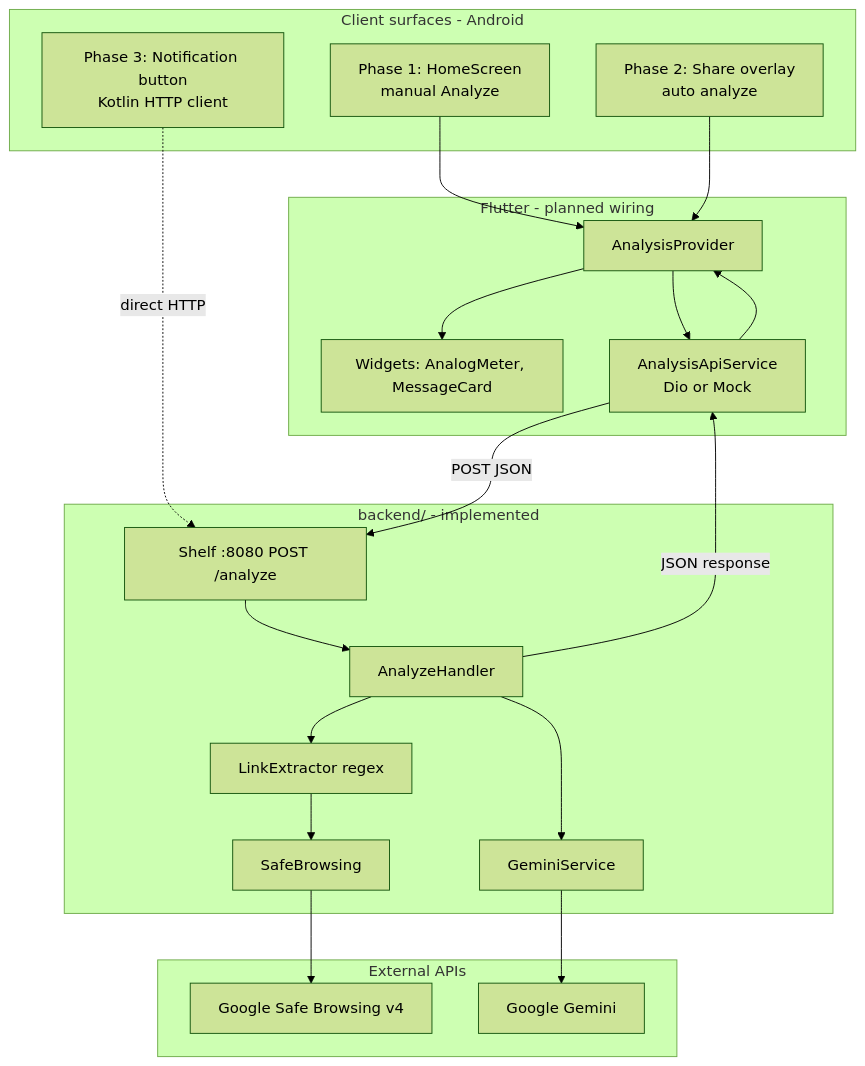
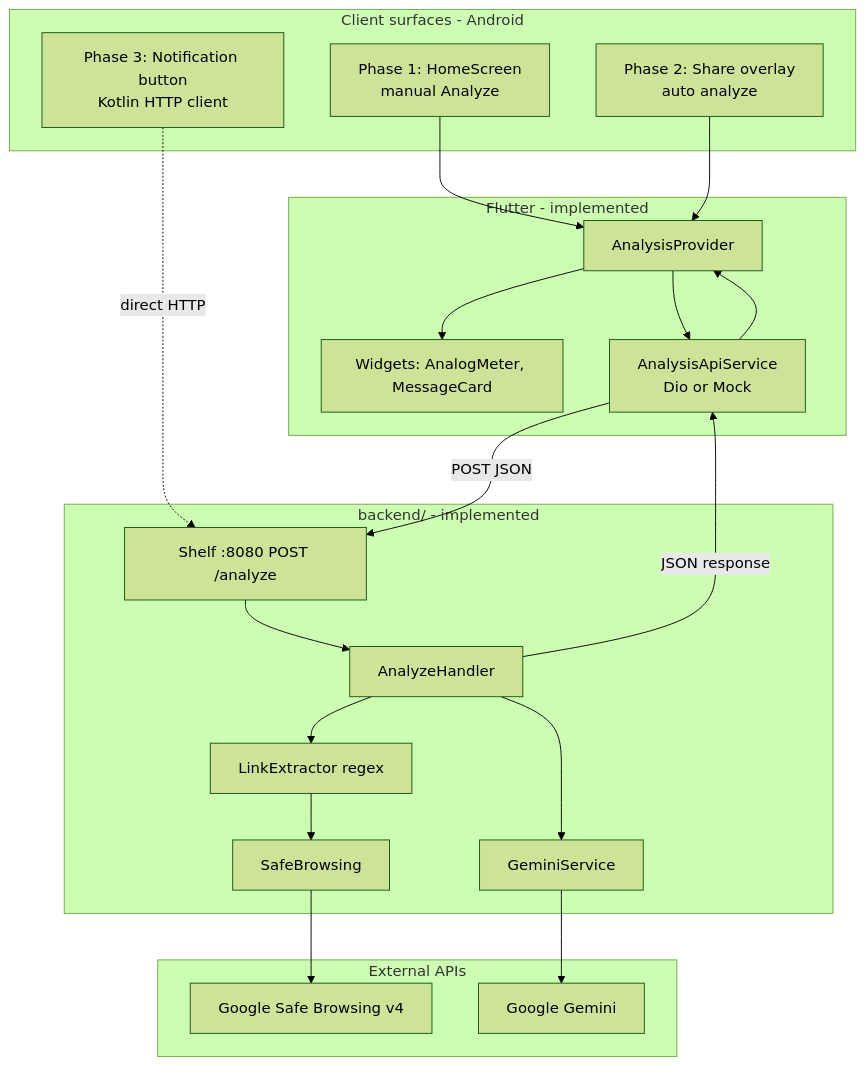
Before and after one commit to nayzinminlwin/HackathonX-FinTech-Forward-26-by-Team-KuCuba: the first of 4 diagrams in docs/TECH_STACK_AND_PIPELINE.md, drawn with Mermaid (forest theme). The commit also changed other lines of this file and 30 other files, not shown here.

Commit message:
Aligned UI architecture with System Requirements.

````diff
--- a/docs/TECH_STACK_AND_PIPELINE.md
+++ b/docs/TECH_STACK_AND_PIPELINE.md
@@ -107,42 +107,42 @@
 ```mermaid
 flowchart TB
   subgraph clients [Client surfaces - Android]
     P1[Phase 1: HomeScreen<br/>manual Analyze]
     P2[Phase 2: Share overlay<br/>auto analyze]
     P3[Phase 3: Notification button<br/>Kotlin HTTP client]
   end
 
-  subgraph flutter [Flutter - planned wiring]
+  subgraph flutter [Flutter - implemented]
     UI[Widgets: AnalogMeter, MessageCard]
     Prov[AnalysisProvider]
     API[AnalysisApiService<br/>Dio or Mock]
   end
 
   subgraph backend [backend/ - implemented]
     Shelf[Shelf :8080 POST /analyze]
     Handler[AnalyzeHandler]
     RX[LinkExtractor regex]
     SB[SafeBrowsing]
     GM[GeminiService]
   end
 
   subgraph external [External APIs]
     GSB[Google Safe Browsing v4]
     Gemini[Google Gemini]
   end
 
   P1 --> Prov
   P2 --> Prov
   P3 -.->|direct HTTP| Shelf
   Prov --> API
   API -->|POST JSON| Shelf
   Shelf --> Handler
   Handler --> RX
   RX --> SB
   SB --> GSB
   Handler --> GM
   GM --> Gemini
   Handler -->|JSON response| API
   API --> Prov
   Prov --> UI
 ```
````
